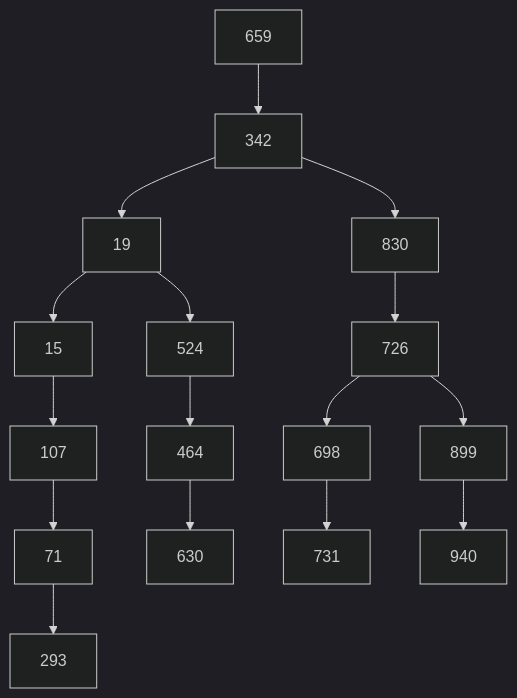
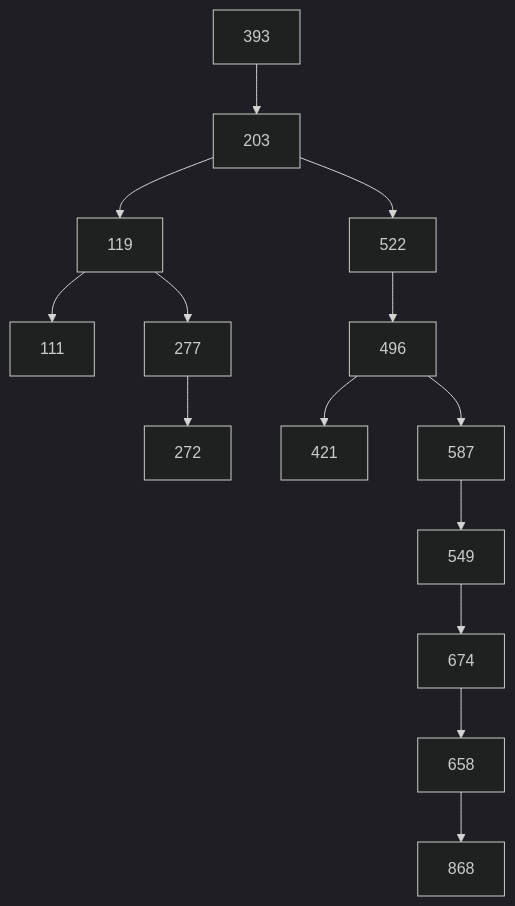
The diagram in hugo/content/tasks/binary.md (074yara/KataHugo), drawn with Mermaid (dark theme) before and after one commit. The commit also changed 3 other files, not shown here.

Commit message:
29.12.2023, graphNode rename

```diff
--- a/hugo/content/tasks/binary.md
+++ b/hugo/content/tasks/binary.md
@@ -8,19 +8,17 @@
 {{< mermaid >}}
 graph TD;
-659 --> 342 --> 830;
-342 --> 19 --> 524;
-19 --> 15 --> 107;
-15;
-107 --> 71 --> 293;
-71;
-293;
-524 --> 464 --> 630;
-464;
-630;
-830 --> 726 --> 899;
-726 --> 698 --> 731;
-698;
-731;
-899 --> 940;
-940;
+393 --> 203 --> 522;
+203 --> 119 --> 277;
+119 --> 111;
+111;
+277 --> 272;
+272;
+522 --> 496 --> 587;
+496 --> 421;
+421;
+587 --> 549 --> 674;
+549;
+674 --> 658 --> 868;
+658;
+868;
 {{< /mermaid >}}
```
